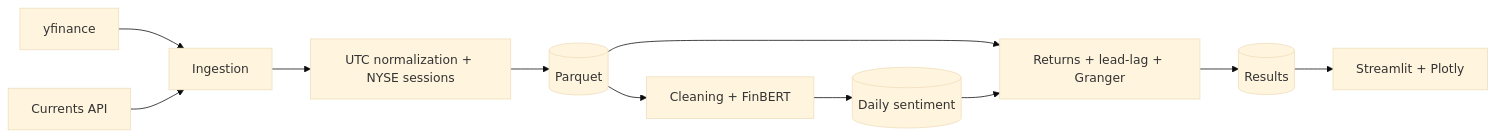
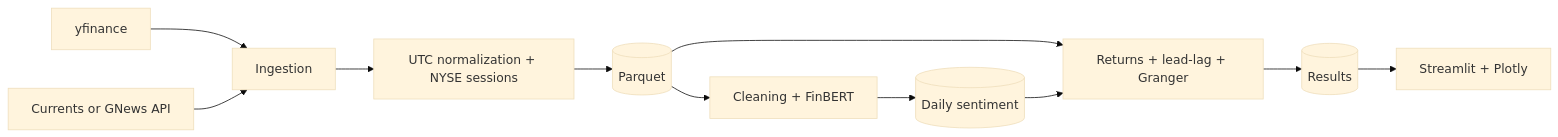
One commit to Vicctor52/Stock-Sentiment-Analysis changed the diagram in README.md. Above: the diagram before and after it, drawn with Mermaid (base theme). The commit also changed other lines of this file and 13 other files, not shown here.

Commit message:
feat(ingestion): Add Gnews API as an optional news provider

````diff
--- a/README.md
+++ b/README.md
@@ -8,13 +8,13 @@
 ```mermaid
 flowchart LR
     Y[yfinance] --> ING[Ingestion]
-    N[Currents API] --> ING
+    N[Currents or GNews API] --> ING
     ING --> NRM[UTC normalization + NYSE sessions]
     NRM --> PQ[(Parquet)]
     PQ --> NLP[Cleaning + FinBERT]
     NLP --> DS[(Daily sentiment)]
     PQ --> AN[Returns + lead-lag + Granger]
     DS --> AN
     AN --> RES[(Results)]
     RES --> DASH[Streamlit + Plotly]
 ```
````
